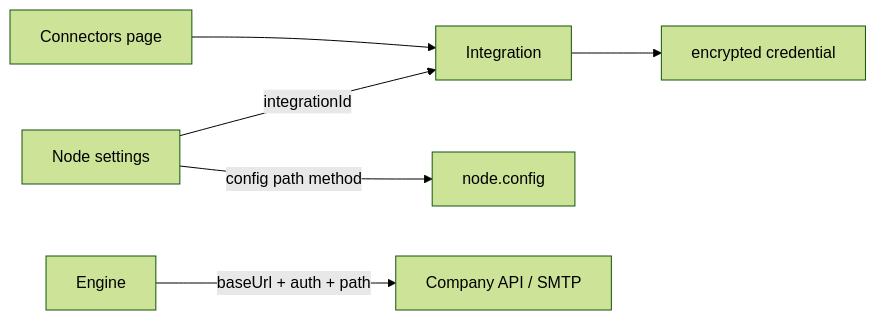
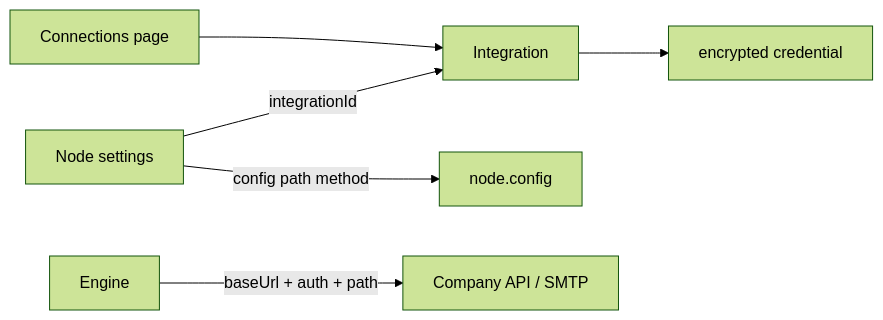
Before and after one commit to Tusharkanta407/HR_Automation_work: the diagram in .cursor/plans/backend_phases_1-8_dcaf8497.plan.md, drawn with Mermaid (forest theme). The commit also changed other lines of this file and 16 other files, not shown here.

````diff
--- a/.cursor/plans/backend_phases_1-8_dcaf8497.plan.md
+++ b/.cursor/plans/backend_phases_1-8_dcaf8497.plan.md
@@ -73,8 +74,8 @@
 ```mermaid
 flowchart LR
-  ConnectorsPage["Connectors page"] --> Integration
+  ConnectionsPage["Connections page"] --> Integration
   Integration --> Credential["encrypted credential"]
   NodeSettings["Node settings"] -->|integrationId| Integration
   NodeSettings -->|config path method| NodeConfig["node.config"]
   Engine -->|"baseUrl + auth + path"| CompanyAPI["Company API / SMTP"]
 ```
````
